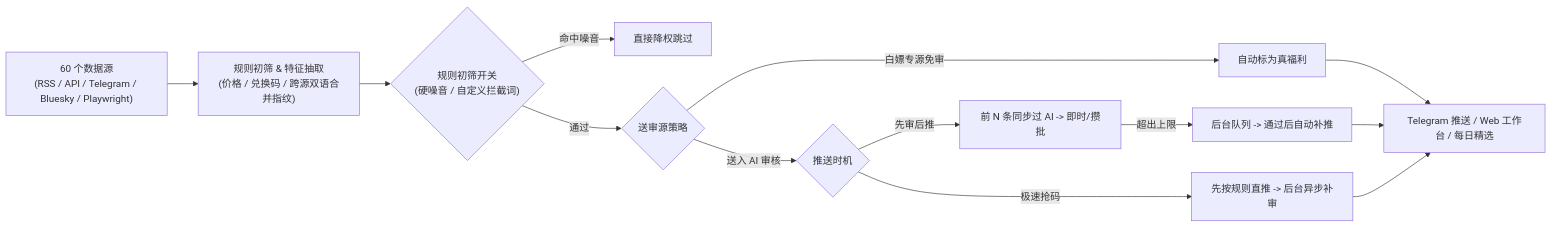
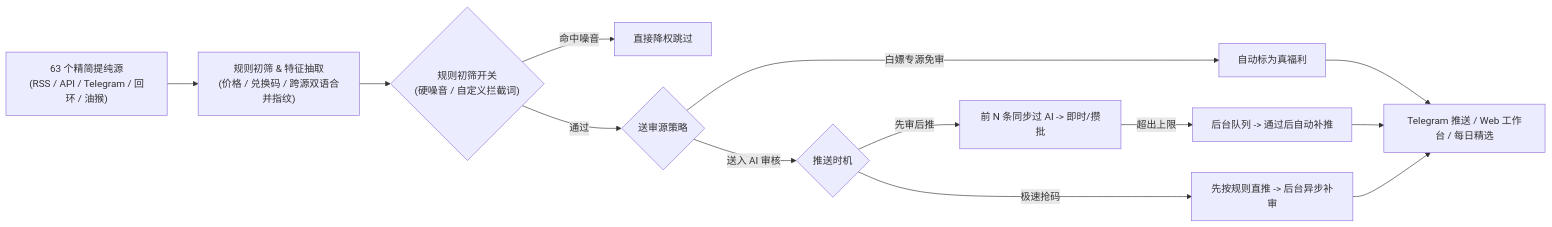
The diagram in README.md (ZiChuanLan/freebie-radar), drawn with Mermaid before and after one commit. The commit also changed other lines of this file and 17 other files, not shown here.

````diff
--- a/README.md
+++ b/README.md
@@ -51,15 +51,15 @@
 ```mermaid
 flowchart LR
-  S["60 个数据源<br/>(RSS / API / Telegram / Bluesky / Playwright)"] --> E["规则初筛 & 特征抽取<br/>(价格 / 兑换码 / 跨源双语合并指纹)"]
+  S["63 个精简提纯源<br/>(RSS / API / Telegram / 回环 / 油猴)"] --> E["规则初筛 & 特征抽取<br/>(价格 / 兑换码 / 跨源双语合并指纹)"]
   E --> F{"规则初筛开关<br/>(硬噪音 / 自定义拦截词)"}
   F -->|命中噪音| D["直接降权跳过"]
   F -->|通过| M{"送审源策略"}
   M -->|白嫖专源免审| A1["自动标为真福利"]
   M -->|送入 AI 审核| T{"推送时机"}
   T -->|先审后推| Q1["前 N 条同步过 AI -> 即时/攒批"]
   Q1 -->|超出上限| Q2["后台队列 -> 通过后自动补推"]
   T -->|极速抢码| P1["先按规则直推 -> 后台异步补审"]
   A1 --> P2["Telegram 推送 / Web 工作台 / 每日精选"]
   Q2 --> P2
   P1 --> P2
 ```
````
